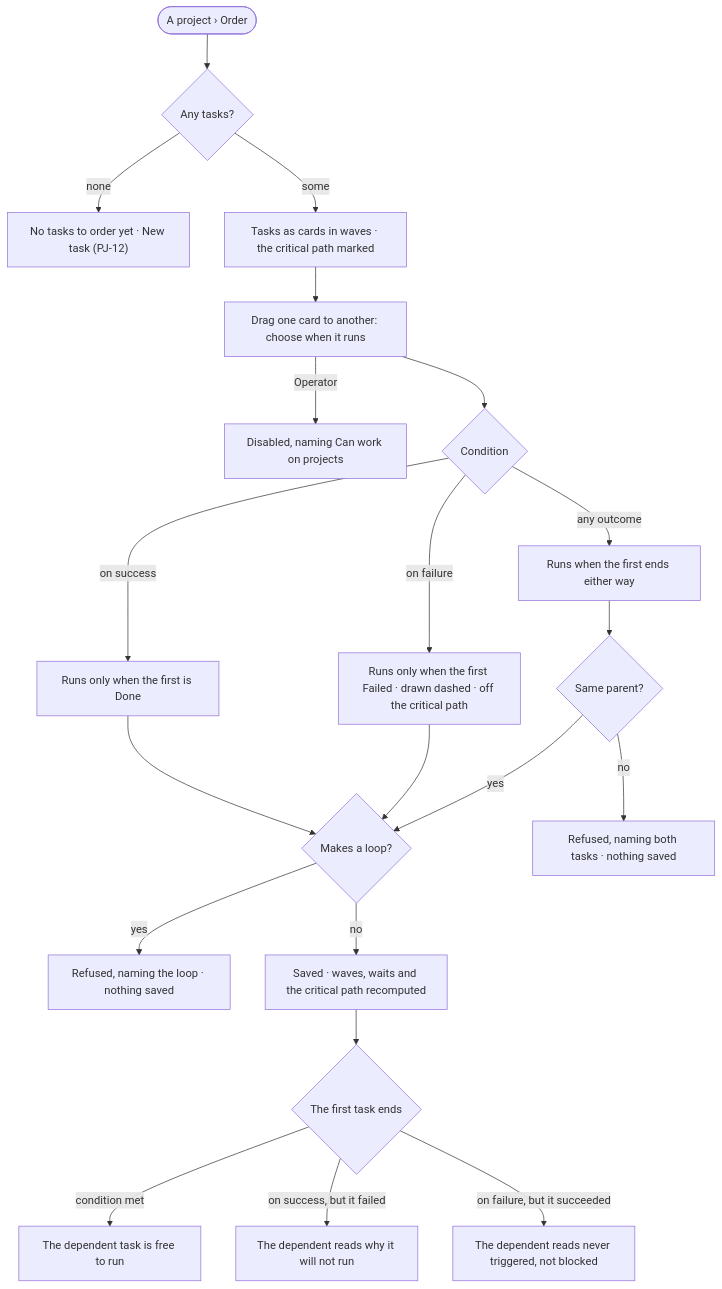
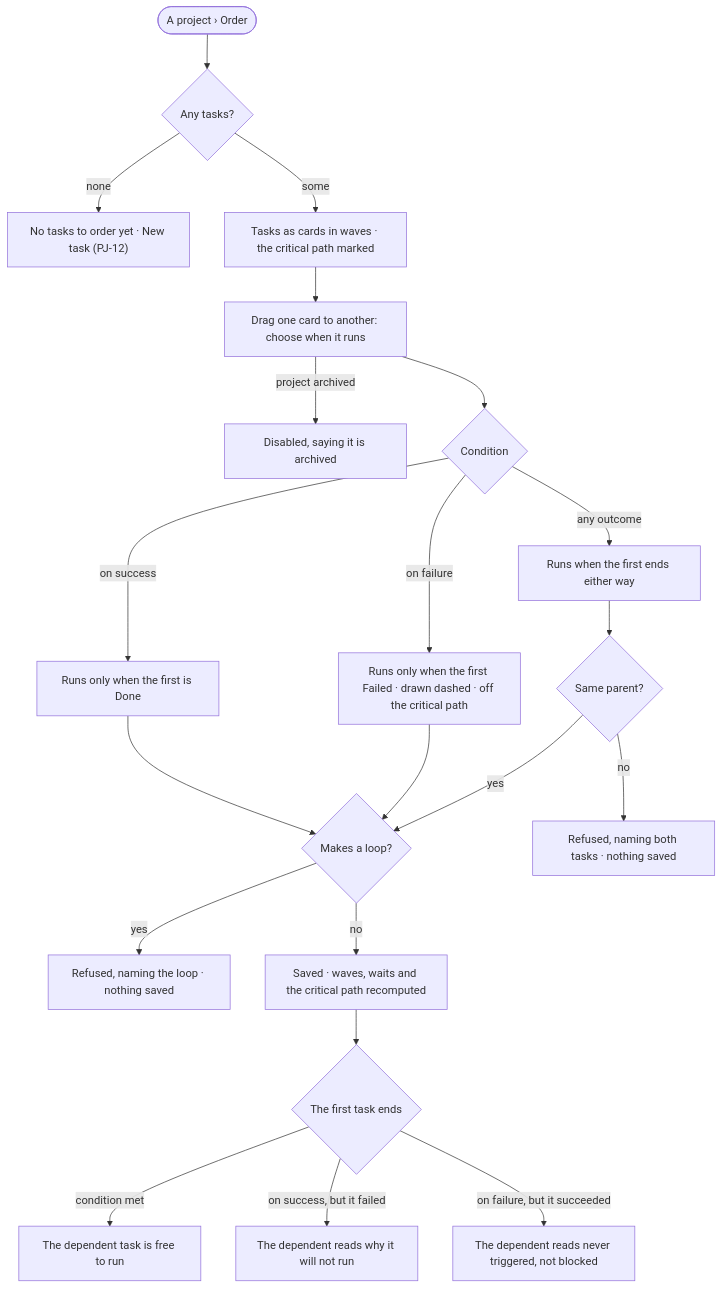
The diagram in specs/capabilities/projects/features/PJ-F01-projects-and-tasks/stories/PJ-18-order-tasks-by-what-they-wait-on/story.md (invana/invana), drawn with Mermaid before and after one commit. The commit also changed other lines of this file and 522 other files, not shown here.

````diff
--- a/specs/capabilities/projects/features/PJ-F01-projects-and-tasks/stories/PJ-18-order-tasks-by-what-they-wait-on/story.md
+++ b/specs/capabilities/projects/features/PJ-F01-projects-and-tasks/stories/PJ-18-order-tasks-by-what-they-wait-on/story.md
@@ -27,23 +30,23 @@
 ```mermaid
 flowchart TD
   s([A project › Order]) --> any{"Any tasks?"}
   any -->|none| e["No tasks to order yet · New task (PJ-12)"]
   any -->|some| pl["Tasks as cards in waves · the critical path marked"]
   pl --> dr["Drag one card to another: choose when it runs"]
-  dr -->|Operator| na["Disabled, naming Can work on projects"]
+  dr -->|project archived| na["Disabled, saying it is archived"]
   dr --> c{"Condition"}
   c -->|on success| os["Runs only when the first is Done"]
   c -->|on failure| of["Runs only when the first Failed · drawn dashed · off the critical path"]
   c -->|any outcome| oa["Runs when the first ends either way"]
   os --> chk
   of --> chk
   oa --> sib{"Same parent?"}
   sib -->|no| rsib["Refused, naming both tasks · nothing saved"]
   sib -->|yes| chk{"Makes a loop?"}
   chk -->|yes| ref["Refused, naming the loop · nothing saved"]
   chk -->|no| ok["Saved · waves, waits and the critical path recomputed"]
   ok --> st{"The first task ends"}
   st -->|condition met| go["The dependent task is free to run"]
   st -->|on success, but it failed| bl["The dependent reads why it will not run"]
   st -->|on failure, but it succeeded| nt["The dependent reads never triggered, not blocked"]
 ```
````
